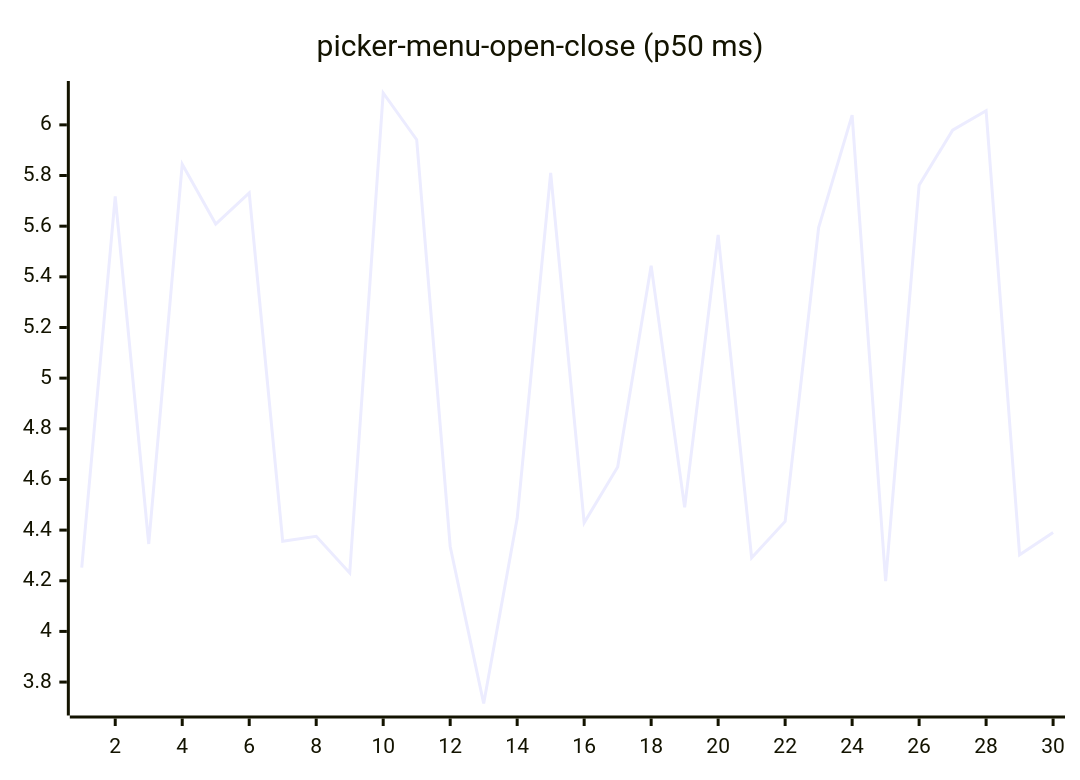
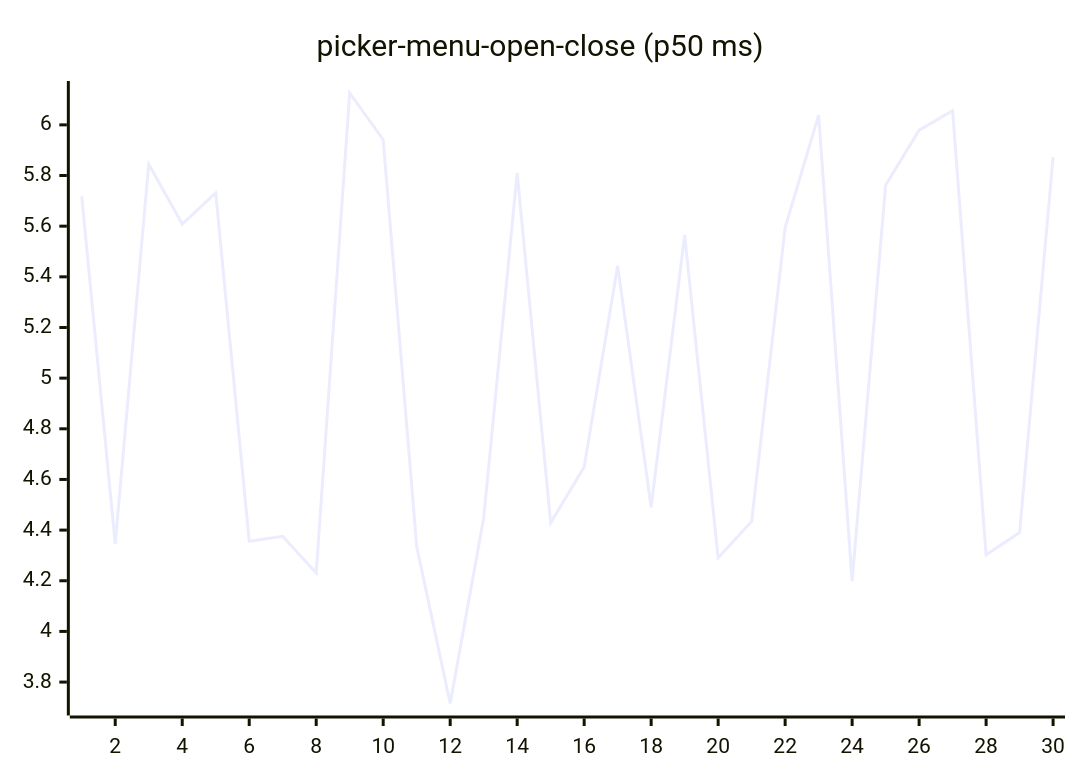
Before and after one commit to josha/Facet: diagram 16 of 27 in README.md, drawn with Mermaid. The commit also changed other lines of this file and 2 other files, not shown here.

````diff
--- a/README.md
+++ b/README.md
@@ -168,6 +168,6 @@
 ```mermaid
 xychart-beta
     title "picker-menu-open-close (p50 ms)"
     x-axis 1 --> 30
-    line [4.2522, 5.7175, 4.3452, 5.8449, 5.6085, 5.7317, 4.3559, 4.3756, 4.2307, 6.1258, 5.9413, 4.3353, 3.7154, 4.4466, 5.8101, 4.4287, 4.6495, 5.4442, 4.4899, 5.5654, 4.2905, 4.4342, 5.5941, 6.0384, 4.1981, 5.7619, 5.9791, 6.0560, 4.3027, 4.3902]
+    line [5.7175, 4.3452, 5.8449, 5.6085, 5.7317, 4.3559, 4.3756, 4.2307, 6.1258, 5.9413, 4.3353, 3.7154, 4.4466, 5.8101, 4.4287, 4.6495, 5.4442, 4.4899, 5.5654, 4.2905, 4.4342, 5.5941, 6.0384, 4.1981, 5.7619, 5.9791, 6.0560, 4.3027, 4.3902, 5.8724]
 ```
````
